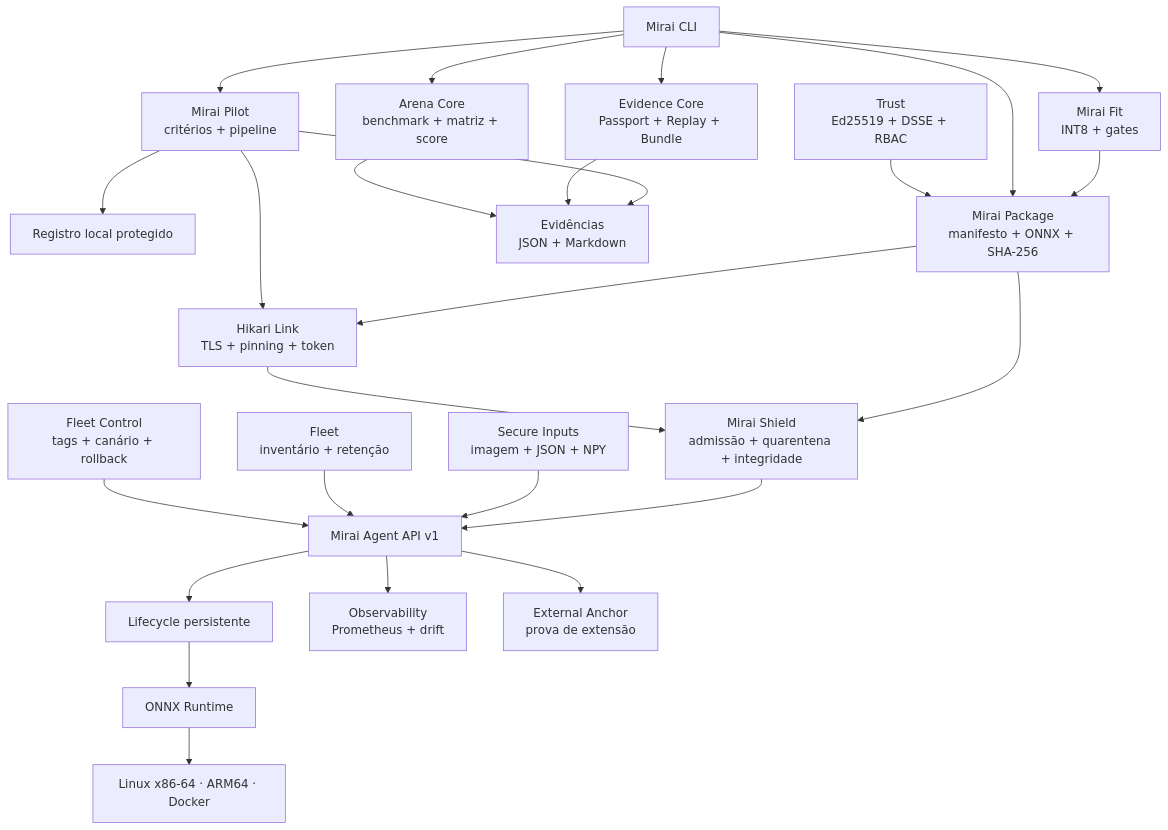
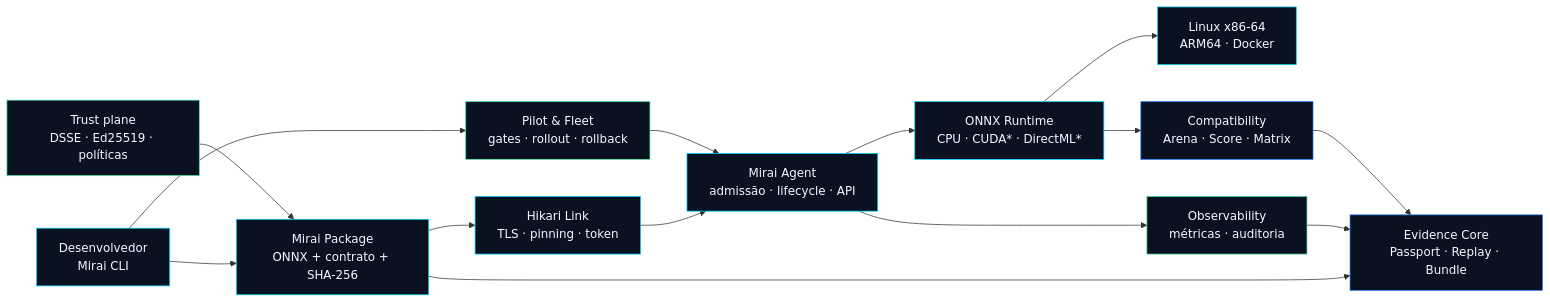
The diagram in README.md (start6202783-dotcom/MiraiOS), drawn with Mermaid before and after one commit. The commit also changed other lines of this file and 20 other files, not shown here.

````diff
--- a/README.md
+++ b/README.md
@@ -184,48 +166,31 @@
 ```mermaid
-flowchart TD
-    CLI["Mirai CLI"]
-    PILOT["Mirai Pilot<br/>critérios + pipeline"]
-    REG["Registro local protegido"]
-    LINK["Hikari Link<br/>TLS + pinning + token"]
-    TRUST["Trust<br/>Ed25519 + DSSE + RBAC"]
-    SHIELD["Mirai Shield<br/>admissão + quarentena + integridade"]
-    API["Mirai Agent API v1"]
-    PKG["Mirai Package<br/>manifesto + ONNX + SHA-256"]
-    LIFE["Lifecycle persistente"]
-    ORT["ONNX Runtime"]
-    REPORT["Evidências<br/>JSON + Markdown"]
-    INPUT["Secure Inputs<br/>imagem + JSON + NPY"]
-    FLEET["Fleet<br/>inventário + retenção"]
-    ROLLOUT["Fleet Control<br/>tags + canário + rollback"]
-    OBS["Observability<br/>Prometheus + drift"]
-    ANCHOR["External Anchor<br/>prova de extensão"]
-    FIT["Mirai Fit<br/>INT8 + gates"]
-    EVIDENCE["Evidence Core<br/>Passport + Replay + Bundle"]
-    ARENA["Arena Core<br/>benchmark + matriz + score"]
-    EDGE["Linux x86-64 · ARM64 · Docker"]
+flowchart LR
+    DEV["Desenvolvedor<br/>Mirai CLI"]
+    PKG["Mirai Package<br/>ONNX + contrato + SHA-256"]
+    TRUST["Trust plane<br/>DSSE · Ed25519 · políticas"]
+    LINK["Hikari Link<br/>TLS · pinning · token"]
+    AGENT["Mirai Agent<br/>admissão · lifecycle · API"]
+    RUNTIME["ONNX Runtime<br/>CPU · CUDA* · DirectML*"]
+    EDGE["Linux x86-64<br/>ARM64 · Docker"]
+    OPS["Pilot & Fleet<br/>gates · rollout · rollback"]
+    OBS["Observability<br/>métricas · auditoria"]
+    EVIDENCE["Evidence Core<br/>Passport · Replay · Bundle"]
+    COMPAT["Compatibility<br/>Arena · Score · Matrix"]
 
-    CLI --> PILOT
-    CLI --> FIT
-    CLI --> EVIDENCE
-    CLI --> ARENA
-    FIT --> PKG
-    PILOT --> REG
-    CLI --> PKG
-    PKG --> LINK
+    DEV --> PKG
     TRUST --> PKG
-    PKG --> SHIELD
-    SHIELD --> API
-    PILOT --> LINK
-    LINK --> SHIELD
-    INPUT --> API
-    API --> LIFE
-    FLEET --> API
-    ROLLOUT --> API
-    API --> OBS
-    API --> ANCHOR
-    LIFE --> ORT
-    ORT --> EDGE
-    PILOT --> REPORT
-    EVIDENCE --> REPORT
-    ARENA --> REPORT
+    PKG --> LINK --> AGENT --> RUNTIME --> EDGE
+    DEV --> OPS --> AGENT
+    AGENT --> OBS
+    PKG --> EVIDENCE
+    OBS --> EVIDENCE
+    RUNTIME --> COMPAT
+    COMPAT --> EVIDENCE
+
+    classDef core fill:#0a1222,stroke:#00d9ff,color:#f4f8ff;
+    classDef trust fill:#0a1222,stroke:#4de2a8,color:#f4f8ff;
+    classDef evidence fill:#0a1222,stroke:#247cff,color:#f4f8ff;
+    class DEV,PKG,LINK,AGENT,RUNTIME,EDGE core;
+    class TRUST,OPS,OBS trust;
+    class EVIDENCE,COMPAT evidence;
 ```
````
